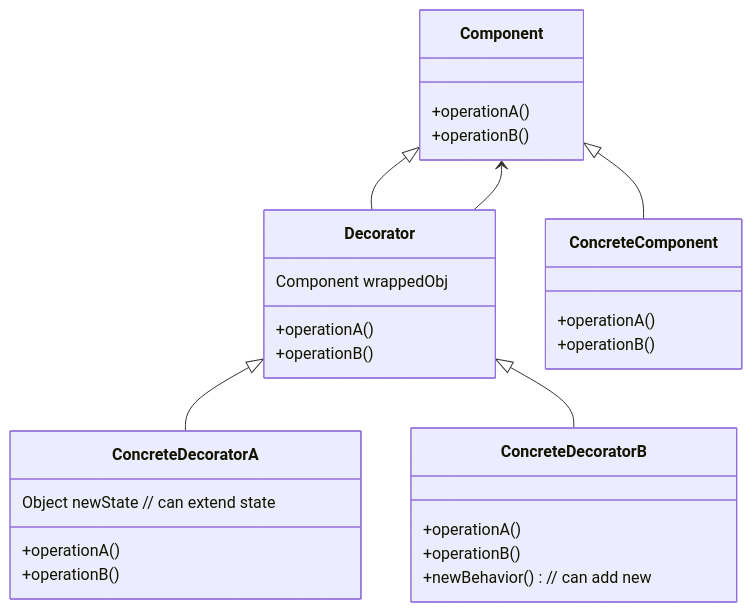
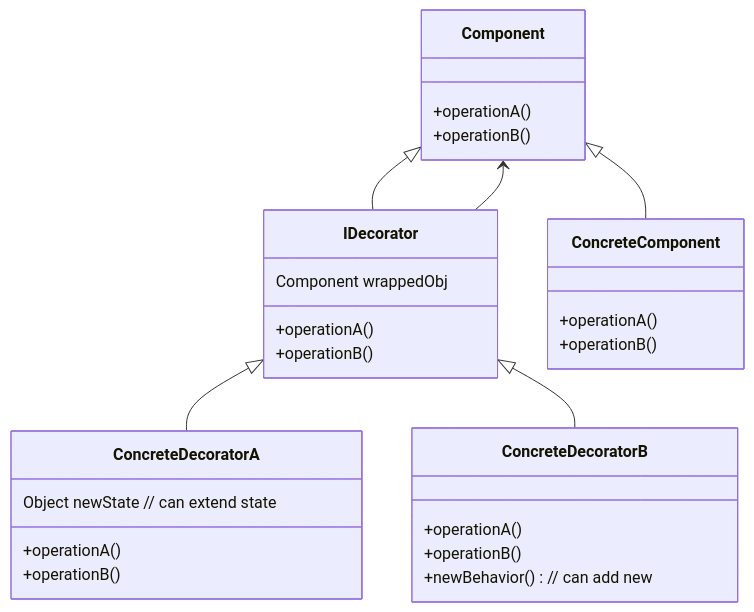
One commit to LuciferUchiha/old.georgerowlands.ch changed the diagram in docs/Programming/Design Patterns/decorator.md. Above: the diagram before and after it, drawn with Mermaid. The commit also changed 3 other files, not shown here.

````diff
--- a/docs/Programming/Design Patterns/decorator.md
+++ b/docs/Programming/Design Patterns/decorator.md
@@ -7,31 +7,33 @@
 ```mermaid
 classDiagram
-  Component <|-- Decorator
-  Component <|-- ConcreteComponent
-  Decorator <|-- ConcreteDecoratorA
-  Decorator <|-- ConcreteDecoratorB
-  Component <-- Decorator
-  class Component{
-    +operationA()
-    +operationB()
-  }
-  class Decorator{
- Component wrappedObj
-    +operationA()
- +operationB()
-  }
-  class ConcreteComponent{
-    +operationA()
- +operationB()
-  }
-  class ConcreteDecoratorA{
- Object newState // can extend state
- +operationA()
- +operationB()
-  } 
-  class ConcreteDecoratorB{
- +operationA()
- +operationB()
- +newBehavior() // can add new
-  } 
+ Component <|-- IDecorator
+ Component <|-- ConcreteComponent
+ IDecorator <|-- ConcreteDecoratorA
+ IDecorator <|-- ConcreteDecoratorB
+ Component <-- IDecorator
+ class Component {
+  +operationA()
+  +operationB()
+ }
+ class IDecorator {
+  Component wrappedObj
+  +operationA()
+  +operationB()
+ }
+ class ConcreteDecoratorA{
+  Object newState // can extend state
+  +operationA()
+  +operationB()
+ }
+
+ class ConcreteDecoratorB{
+  +operationA()
+  +operationB()
+  +newBehavior() // can add new
+ }
+ 
+ class ConcreteComponent {
+  +operationA()
+  +operationB()
+ }
 ```
````
